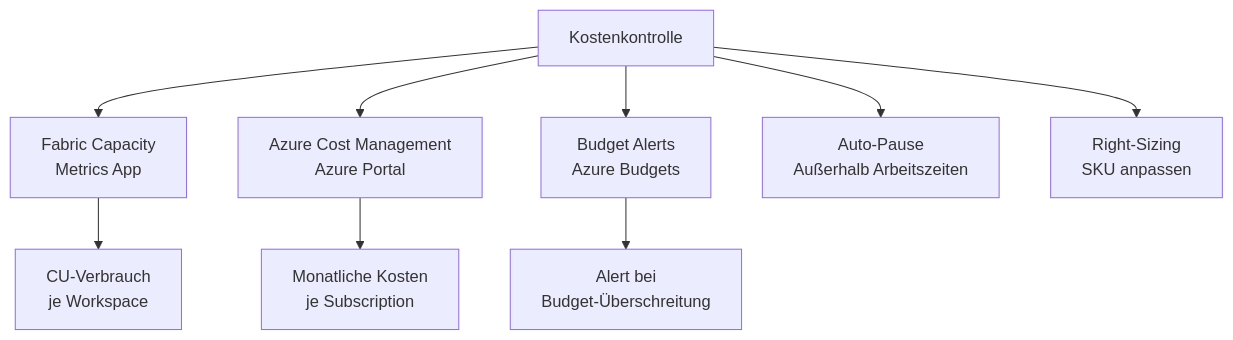
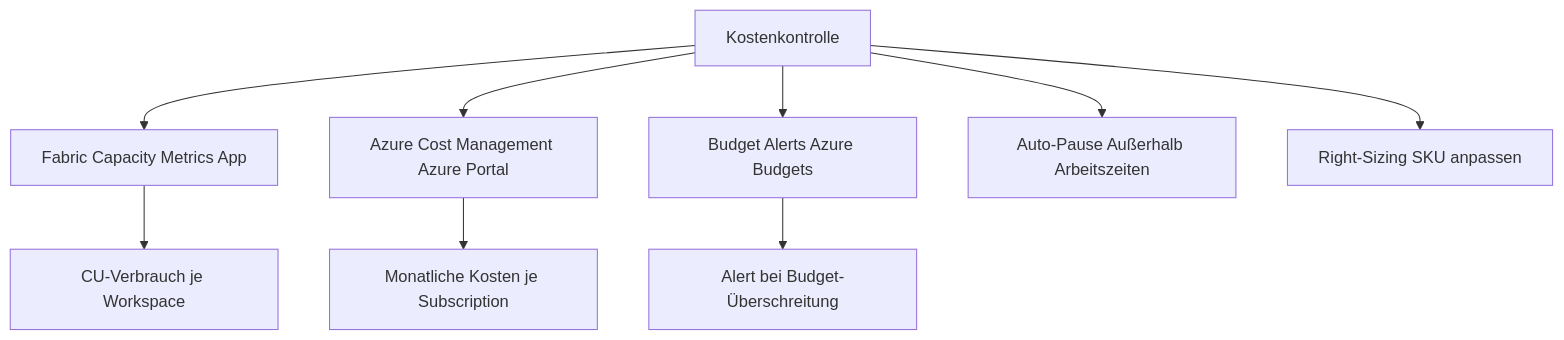
The sixth of 6 diagrams in Microsoft 365/Azure/Fabric/Fabric Administration.md (SoniiiT/notes-n-docs), drawn with Mermaid before and after one commit. The commit also changed other lines of this file and 124 other files, not shown here.

First line of the commit message:
fix: Entferne \n aus allen Mermaid-Diagrammen (125 Dateien)

````diff
--- a/Microsoft 365/Azure/Fabric/Fabric Administration.md
+++ b/Microsoft 365/Azure/Fabric/Fabric Administration.md
@@ -472,11 +472,11 @@
 ```mermaid
 graph TD
-    A[Kostenkontrolle] --> B[Fabric Capacity\nMetrics App]
-    A --> C[Azure Cost Management\nAzure Portal]
-    A --> D[Budget Alerts\nAzure Budgets]
-    A --> E[Auto-Pause\nAußerhalb Arbeitszeiten]
-    A --> F[Right-Sizing\nSKU anpassen]
-    B --> G[CU-Verbrauch\nje Workspace]
-    C --> H[Monatliche Kosten\nje Subscription]
-    D --> I[Alert bei\nBudget-Überschreitung]
+    A[Kostenkontrolle] --> B[Fabric Capacity Metrics App]
+    A --> C[Azure Cost Management Azure Portal]
+    A --> D[Budget Alerts Azure Budgets]
+    A --> E[Auto-Pause Außerhalb Arbeitszeiten]
+    A --> F[Right-Sizing SKU anpassen]
+    B --> G[CU-Verbrauch je Workspace]
+    C --> H[Monatliche Kosten je Subscription]
+    D --> I[Alert bei Budget-Überschreitung]
 ```
````
